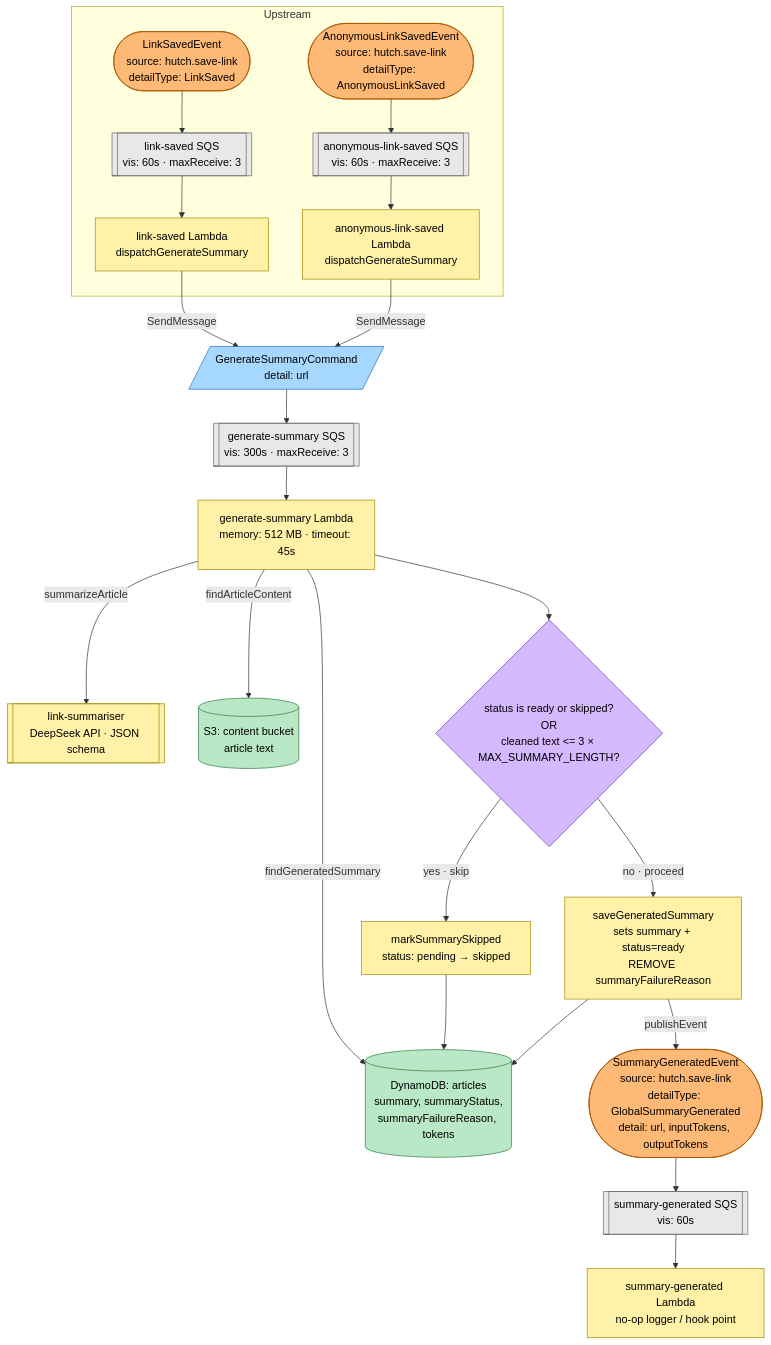
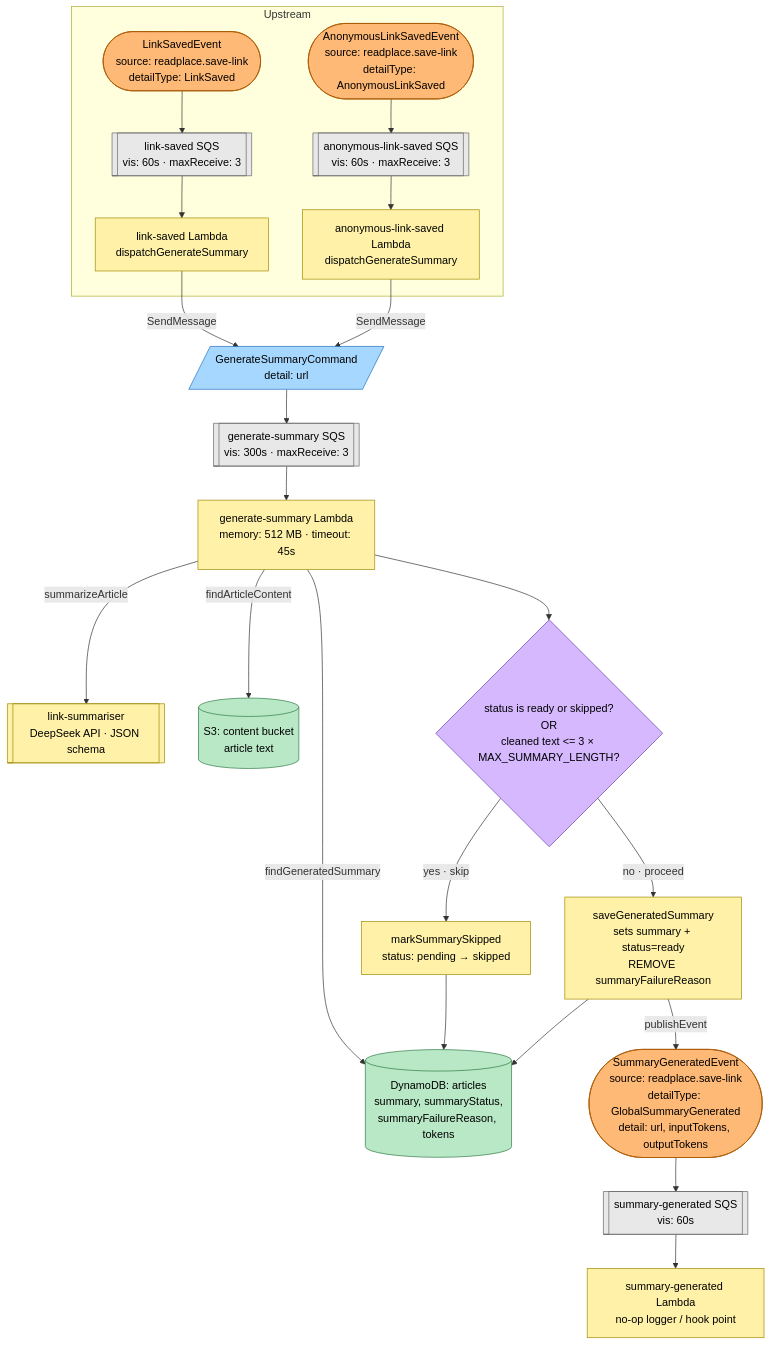
Before and after one commit to HutchApp/hutch-app: the second of 4 diagrams in .architecture/2026-04-20-52017f3/summary-generation-pipeline.md, drawn with Mermaid. The commit also changed other lines of this file and 17 other files, not shown here.

Commit message:
docs: rename hutch to readplace across skills and md files

````diff
--- a/.architecture/2026-04-20-52017f3/summary-generation-pipeline.md
+++ b/.architecture/2026-04-20-52017f3/summary-generation-pipeline.md
@@ -58,52 +58,52 @@
 ```mermaid
 flowchart TD
     subgraph Upstream
-        linkSavedEvent([LinkSavedEvent<br/>source: hutch.save-link<br/>detailType: LinkSaved]):::event
-        anonSavedEvent([AnonymousLinkSavedEvent<br/>source: hutch.save-link<br/>detailType: AnonymousLinkSaved]):::event
+        linkSavedEvent([LinkSavedEvent<br/>source: readplace.save-link<br/>detailType: LinkSaved]):::event
+        anonSavedEvent([AnonymousLinkSavedEvent<br/>source: readplace.save-link<br/>detailType: AnonymousLinkSaved]):::event
         linkSavedQ[[link-saved SQS<br/>vis: 60s · maxReceive: 3]]:::queue
         anonSavedQ[[anonymous-link-saved SQS<br/>vis: 60s · maxReceive: 3]]:::queue
         linkSavedLambda[link-saved Lambda<br/>dispatchGenerateSummary]:::system
         anonLinkSavedLambda[anonymous-link-saved Lambda<br/>dispatchGenerateSummary]:::system
 
         linkSavedEvent --> linkSavedQ --> linkSavedLambda
         anonSavedEvent --> anonSavedQ --> anonLinkSavedLambda
     end
 
     generateCmd[/GenerateSummaryCommand<br/>detail: url/]:::command
     generateQ[[generate-summary SQS<br/>vis: 300s · maxReceive: 3]]:::queue
     generateLambda[generate-summary Lambda<br/>memory: 512 MB · timeout: 45s]:::system
 
     linkSavedLambda -- SendMessage --> generateCmd
     anonLinkSavedLambda -- SendMessage --> generateCmd
     generateCmd --> generateQ --> generateLambda
 
     summariser[[link-summariser<br/>DeepSeek API · JSON schema]]:::system
     articlesTable[(DynamoDB: articles<br/>summary, summaryStatus,<br/>summaryFailureReason, tokens)]:::store
     s3Content[(S3: content bucket<br/>article text)]:::store
 
     generateLambda -- findArticleContent --> s3Content
     generateLambda -- findGeneratedSummary --> articlesTable
     generateLambda -- summarizeArticle --> summariser
 
     skipDecision{status is ready or skipped?<br/>OR<br/>cleaned text &lt;= 3 &times; MAX_SUMMARY_LENGTH?}:::policy
     generateLambda --> skipDecision
     skipDecision -- yes · skip --> markSkipped[markSummarySkipped<br/>status: pending &rarr; skipped]:::system
     markSkipped --> articlesTable
     skipDecision -- no · proceed --> saveReady[saveGeneratedSummary<br/>sets summary + status=ready<br/>REMOVE summaryFailureReason]:::system
     saveReady --> articlesTable
 
-    summaryGeneratedEvt([SummaryGeneratedEvent<br/>source: hutch.save-link<br/>detailType: GlobalSummaryGenerated<br/>detail: url, inputTokens, outputTokens]):::event
+    summaryGeneratedEvt([SummaryGeneratedEvent<br/>source: readplace.save-link<br/>detailType: GlobalSummaryGenerated<br/>detail: url, inputTokens, outputTokens]):::event
     saveReady -- publishEvent --> summaryGeneratedEvt
 
     summaryGeneratedQ[[summary-generated SQS<br/>vis: 60s]]:::queue
     summaryGeneratedLambda[summary-generated Lambda<br/>no-op logger / hook point]:::system
     summaryGeneratedEvt --> summaryGeneratedQ --> summaryGeneratedLambda
 
     classDef command fill:#a6d8ff,stroke:#1e6fb8,color:#000
     classDef system fill:#fff2a8,stroke:#a08a00,color:#000
     classDef event fill:#ffb976,stroke:#a85800,color:#000
     classDef policy fill:#d6b8ff,stroke:#6b3fb0,color:#000
     classDef store fill:#b8e8c5,stroke:#2f7a45,color:#000
     classDef queue fill:#e8e8e8,stroke:#666,color:#000
     classDef dlq fill:#f8c8c8,stroke:#a83434,color:#000
 ```
````
